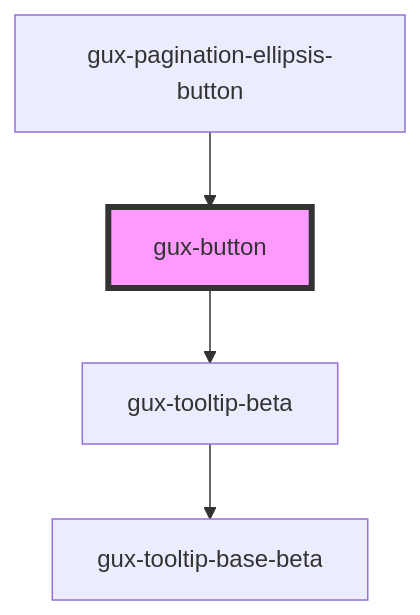
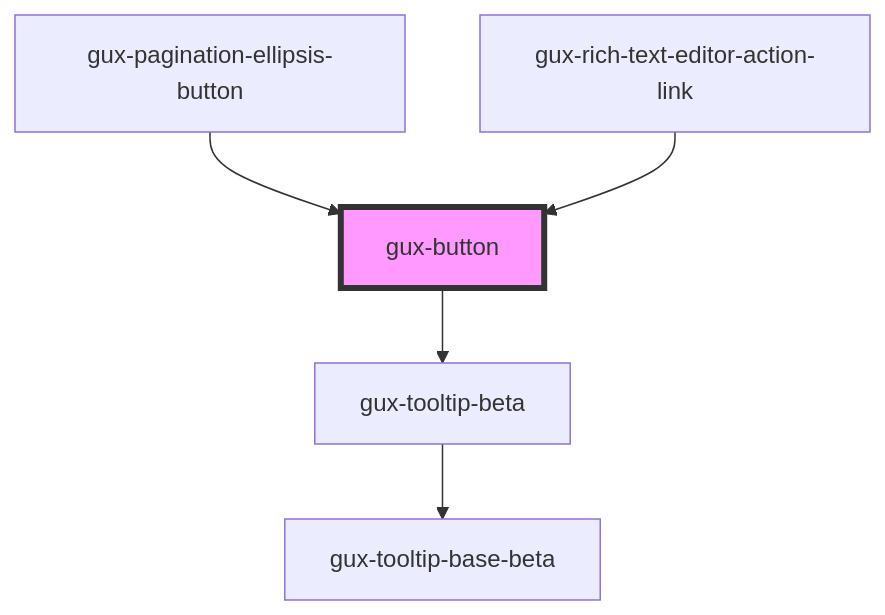
The diagram in packages/genesys-spark-components/src/components/stable/gux-button/readme.md (MyPureCloud/genesys-spark), drawn with Mermaid before and after one commit. The commit also changed other lines of this file and 19 other files, not shown here.

First line of the commit message:
perf(rich-text-editor): adding extra functionality to link

````diff
--- a/packages/genesys-spark-components/src/components/stable/gux-button/readme.md
+++ b/packages/genesys-spark-components/src/components/stable/gux-button/readme.md
@@ -37,7 +38,8 @@
 ```mermaid
 graph TD;
   gux-button --> gux-tooltip-beta
   gux-tooltip-beta --> gux-tooltip-base-beta
   gux-pagination-ellipsis-button --> gux-button
+  gux-rich-text-editor-action-link --> gux-button
   style gux-button fill:#f9f,stroke:#333,stroke-width:4px
 ```
````
